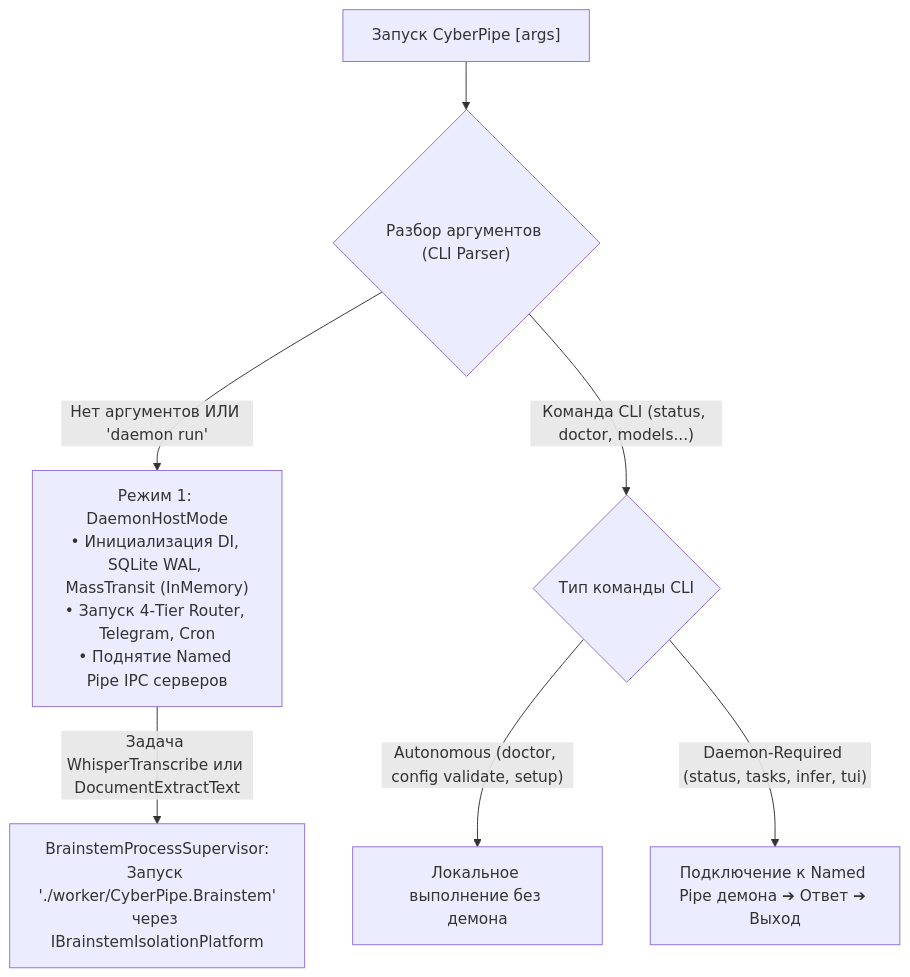
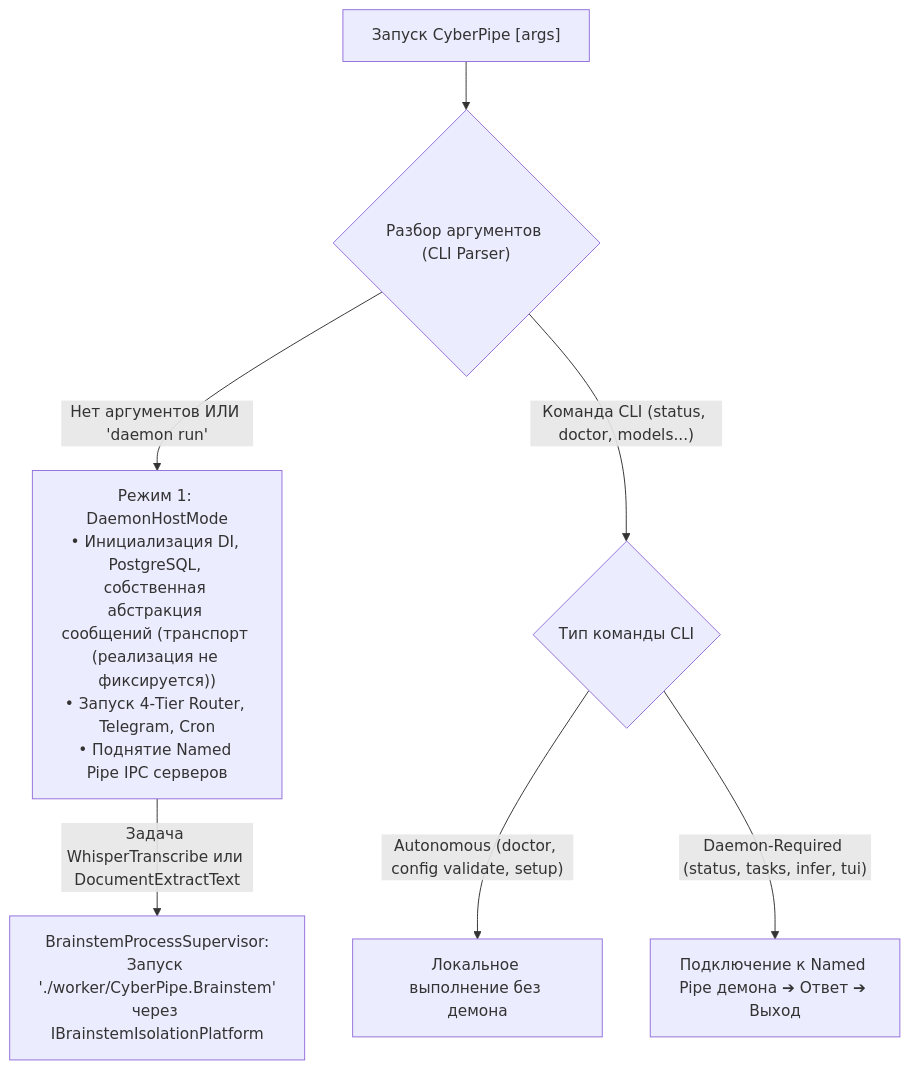
Before and after one commit to abberdeen/CyberPipe: the diagram in docs/plans/initial_arch/15-cli-and-execution-modes.md, drawn with Mermaid. The commit also changed other lines of this file and 17 other files, not shown here.

````diff
--- a/docs/plans/initial_arch/15-cli-and-execution-modes.md
+++ b/docs/plans/initial_arch/15-cli-and-execution-modes.md
@@ -32,12 +32,12 @@
 ```mermaid
 flowchart TD
     Entry["Запуск CyberPipe [args]"] --> Parse{"Разбор аргументов (CLI Parser)"}
 
-    Parse -->|"Нет аргументов ИЛИ 'daemon run'"| DaemonMode["Режим 1: DaemonHostMode<br/>• Инициализация DI, SQLite WAL, MassTransit (InMemory)<br/>• Запуск 4-Tier Router, Telegram, Cron<br/>• Поднятие Named Pipe IPC серверов"]
+    Parse -->|"Нет аргументов ИЛИ 'daemon run'"| DaemonMode["Режим 1: DaemonHostMode<br/>• Инициализация DI, PostgreSQL, собственная абстракция сообщений (транспорт (реализация не фиксируется))<br/>• Запуск 4-Tier Router, Telegram, Cron<br/>• Поднятие Named Pipe IPC серверов"]
     
     Parse -->|"Команда CLI (status, doctor, models...)"| CheckCmdType{"Тип команды CLI"}
     CheckCmdType -->|"Autonomous (doctor, config validate, setup)"| OfflineExec["Локальное выполнение без демона"]
     CheckCmdType -->|"Daemon-Required (status, tasks, infer, tui)"| IpcExec["Подключение к Named Pipe демона ➔ Ответ ➔ Выход"]
 
     DaemonMode -->|"Задача WhisperTranscribe или DocumentExtractText"| SpawnBrainstem["BrainstemProcessSupervisor:<br/>Запуск './worker/CyberPipe.Brainstem'<br/>через IBrainstemIsolationPlatform"]
 ```
````
